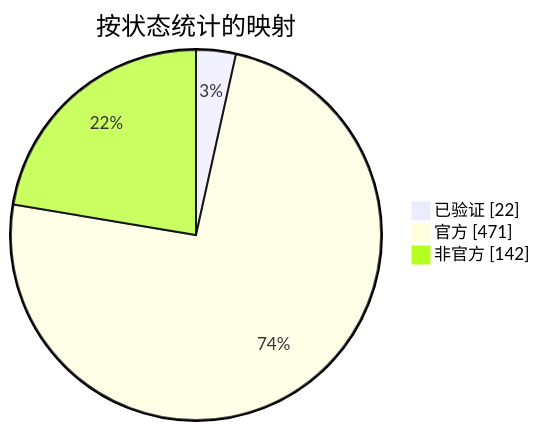
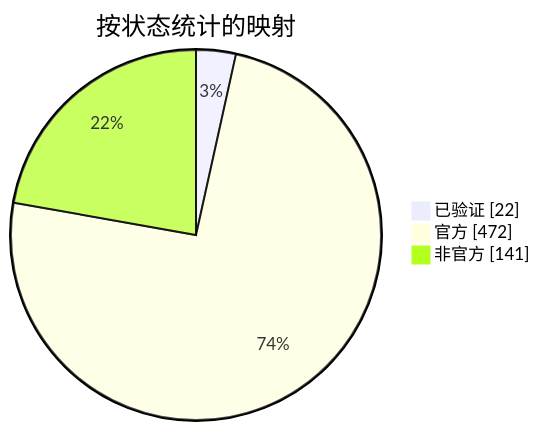
One commit to nobrega8/mbmap-library changed the diagram in docs/readme/README_ZHS.md. Above: the diagram before and after it, drawn with Mermaid. The commit also changed 6 other files, not shown here.

````diff
--- a/docs/readme/README_ZHS.md
+++ b/docs/readme/README_ZHS.md
@@ -54,7 +54,7 @@
 ```mermaid
 pie showData
     title 按状态统计的映射
     "已验证" : 22
-    "官方" : 471
-    "非官方" : 142
+    "官方" : 472
+    "非官方" : 141
 ```
````
